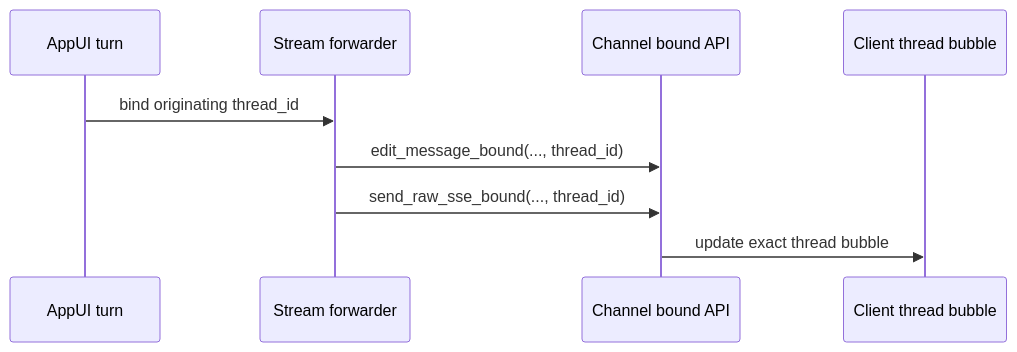
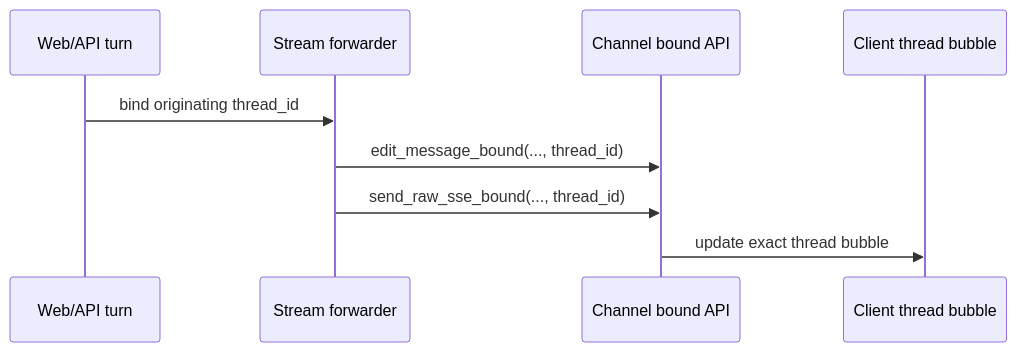
Before and after one commit to ZhangHanDong/octos-book: the first of 3 diagrams in book-en/src/part3/ch10.md, drawn with Mermaid. The commit also changed other lines of this file and 6 other files, not shown here.

````diff
--- a/book-en/src/part3/ch10.md
+++ b/book-en/src/part3/ch10.md
@@ -60,11 +60,11 @@
 ```mermaid
 sequenceDiagram
-    participant Turn as AppUI turn
+    participant Turn as Web/API turn
     participant Reporter as Stream forwarder
     participant Channel as Channel bound API
     participant UI as Client thread bubble
     Turn->>Reporter: bind originating thread_id
     Reporter->>Channel: edit_message_bound(..., thread_id)
     Reporter->>Channel: send_raw_sse_bound(..., thread_id)
     Channel->>UI: update exact thread bubble
 ```
````
